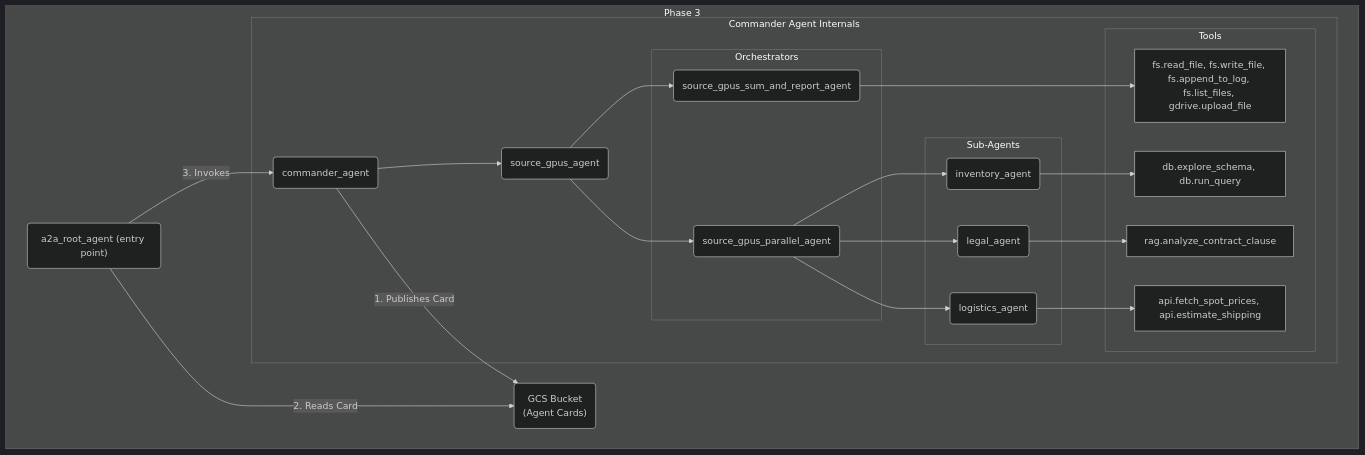
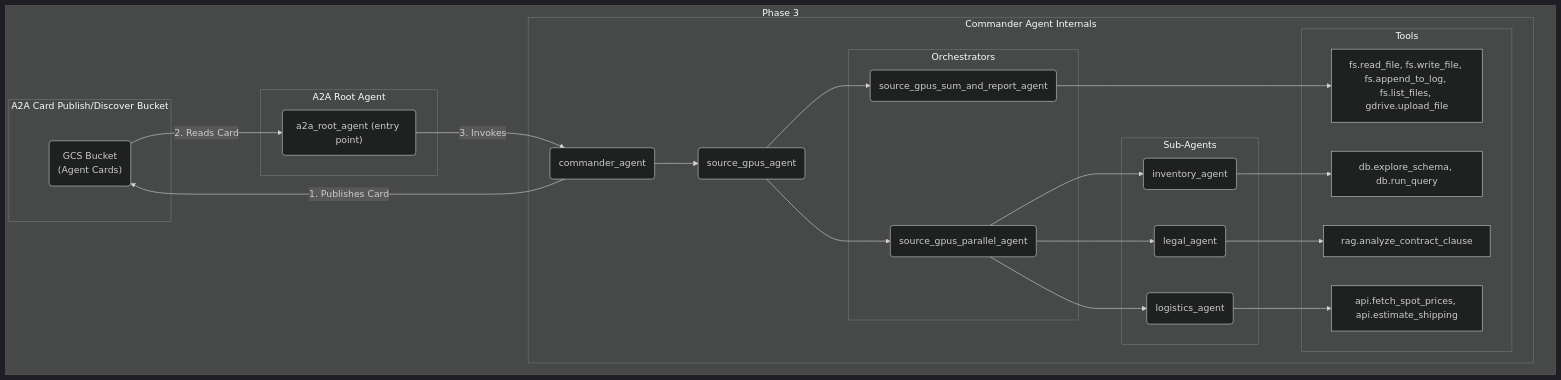
One commit to misha-chertushkin/gpu_procurement_lab changed the third of 3 diagrams in README.md. Above: the diagram before and after it, drawn with Mermaid (dark theme).

Commit message:
doc: Cleaned up diagram layout for phase3.

````diff
--- a/README.md
+++ b/README.md
@@ -152,44 +152,53 @@
 ```mermaid
 graph TD
     subgraph "Phase 3"
         a2a_root_agent_P3("a2a_root_agent (entry point)");
         gcs_bucket_P3("GCS Bucket</br>(Agent Cards)");
         commander_agent_P3("commander_agent");
 
         commander_agent_P3 -- "1. Publishes Card" --> gcs_bucket_P3;
-        a2a_root_agent_P3 -- "2. Reads Card" --> gcs_bucket_P3;
-        a2a_root_agent_P3 -- "3. Invokes" --> commander_agent_P3;
-
+        gcs_bucket_P3 -- "2. Reads Card" --> a2a_root_agent_P3;
+        
         subgraph "Commander Agent Internals"
             commander_agent_P3 --> source_gpus_agent_P3("source_gpus_agent");
 
             subgraph "Orchestrators"
                 source_gpus_parallel_agent_P3("source_gpus_parallel_agent");
                 source_gpus_merge_agent_P3("source_gpus_sum_and_report_agent");
             end
 
             subgraph "Sub-Agents"
                 inventory_agent_P3("inventory_agent");
                 legal_agent_P3("legal_agent");
                 logistics_agent_P3("logistics_agent");
             end
 
             subgraph "Tools"
                 MergeTools_P3["fs.read_file, fs.write_file, fs.append_to_log, fs.list_files, gdrive.upload_file"];
                 InventoryTools_P3["db.explore_schema, db.run_query"];
                 LegalTools_P3["rag.analyze_contract_clause"];
                 LogisticsTools_P3["api.fetch_spot_prices, api.estimate_shipping"];
             end
 
             source_gpus_agent_P3 --> source_gpus_parallel_agent_P3;
             source_gpus_agent_P3 --> source_gpus_merge_agent_P3;
             source_gpus_parallel_agent_P3 --> inventory_agent_P3;
             source_gpus_parallel_agent_P3 --> legal_agent_P3;
             source_gpus_parallel_agent_P3 --> logistics_agent_P3;
             source_gpus_merge_agent_P3 --> MergeTools_P3;
             inventory_agent_P3 --> InventoryTools_P3;
             legal_agent_P3 --> LegalTools_P3;
             logistics_agent_P3 --> LogisticsTools_P3;
         end
+
+        subgraph "A2A Root Agent"
+            a2a_root_agent_P3 -- "3. Invokes" --> commander_agent_P3;
+        end
+
+        subgraph "A2A Card Publish/Discover Bucket"
+            gcs_bucket_P3;
+        end
+
+        
     end
 ```
````
